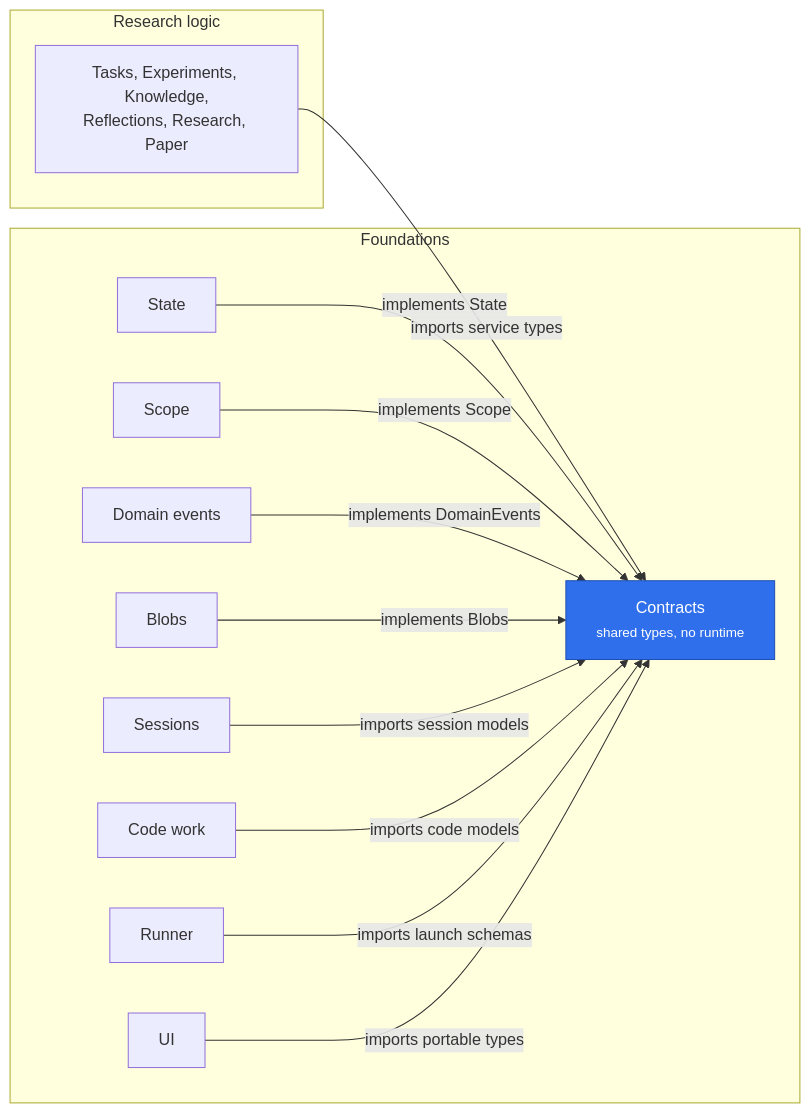
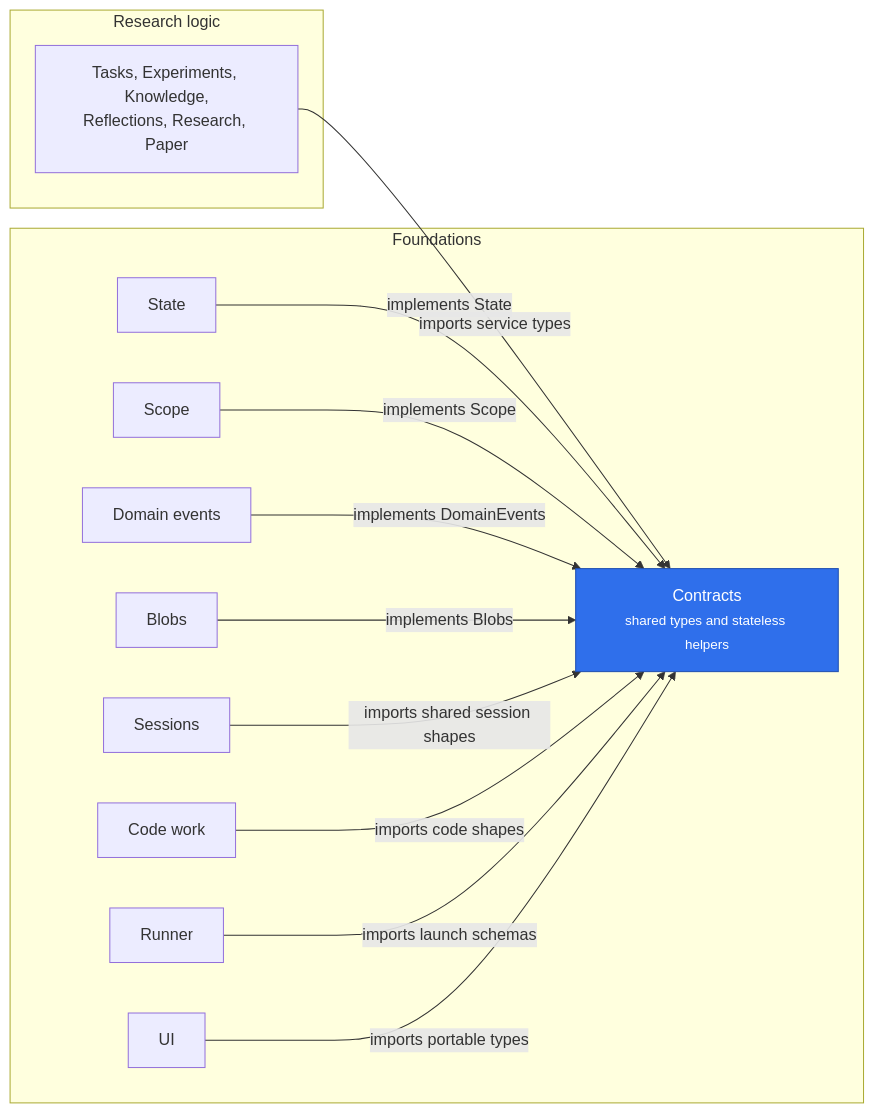
Before and after one commit to rapidreview-io/Merv: the diagram in merv-typescript/packages/contracts/README.md, drawn with Mermaid. The commit also changed other lines of this file, not shown here.

Commit message:
Describe what runtime Contracts keeps

````diff
--- a/merv-typescript/packages/contracts/README.md
+++ b/merv-typescript/packages/contracts/README.md
@@ -7,27 +9,27 @@
 ```mermaid
 flowchart LR
   subgraph foundationsLayer["Foundations"]
-    contracts["Contracts<br/><small>shared types, no runtime</small>"]:::self
+    contracts["Contracts<br/><small>shared types and stateless helpers</small>"]:::self
     state["State"]
     scope["Scope"]
     domainEvents["Domain events"]
     blobs["Blobs"]
     sessions["Sessions"]
     codeWork["Code work"]
     runner["Runner"]
     ui["UI"]
   end
   subgraph researchLayer["Research logic"]
     researchLogic["Tasks, Experiments, Knowledge,<br/>Reflections, Research, Paper"]
   end
   state -- "implements State" --> contracts
   scope -- "implements Scope" --> contracts
   domainEvents -- "implements DomainEvents" --> contracts
   blobs -- "implements Blobs" --> contracts
   researchLogic -- "imports service types" --> contracts
-  sessions -- "imports session models" --> contracts
-  codeWork -- "imports code models" --> contracts
+  sessions -- "imports shared session shapes" --> contracts
+  codeWork -- "imports code shapes" --> contracts
   runner -- "imports launch schemas" --> contracts
   ui -- "imports portable types" --> contracts
   classDef self fill:#2f6feb,color:#fff,stroke:#1f4fb0
 ```
````
